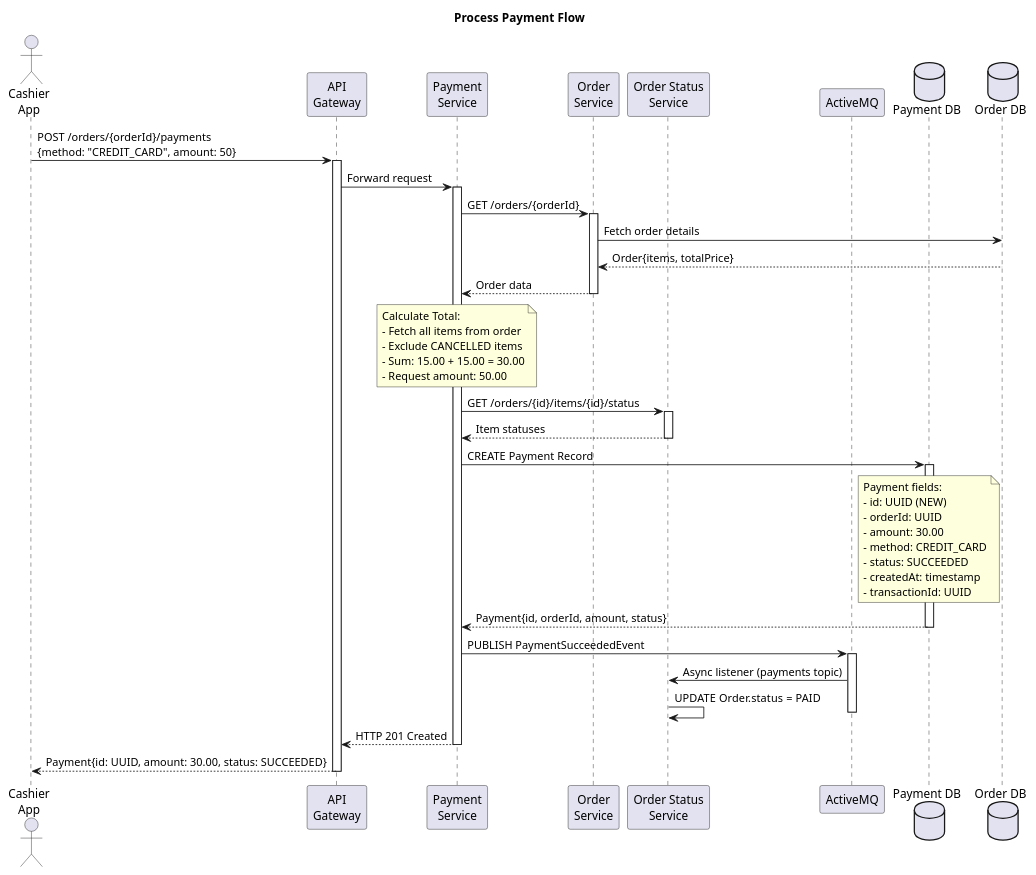
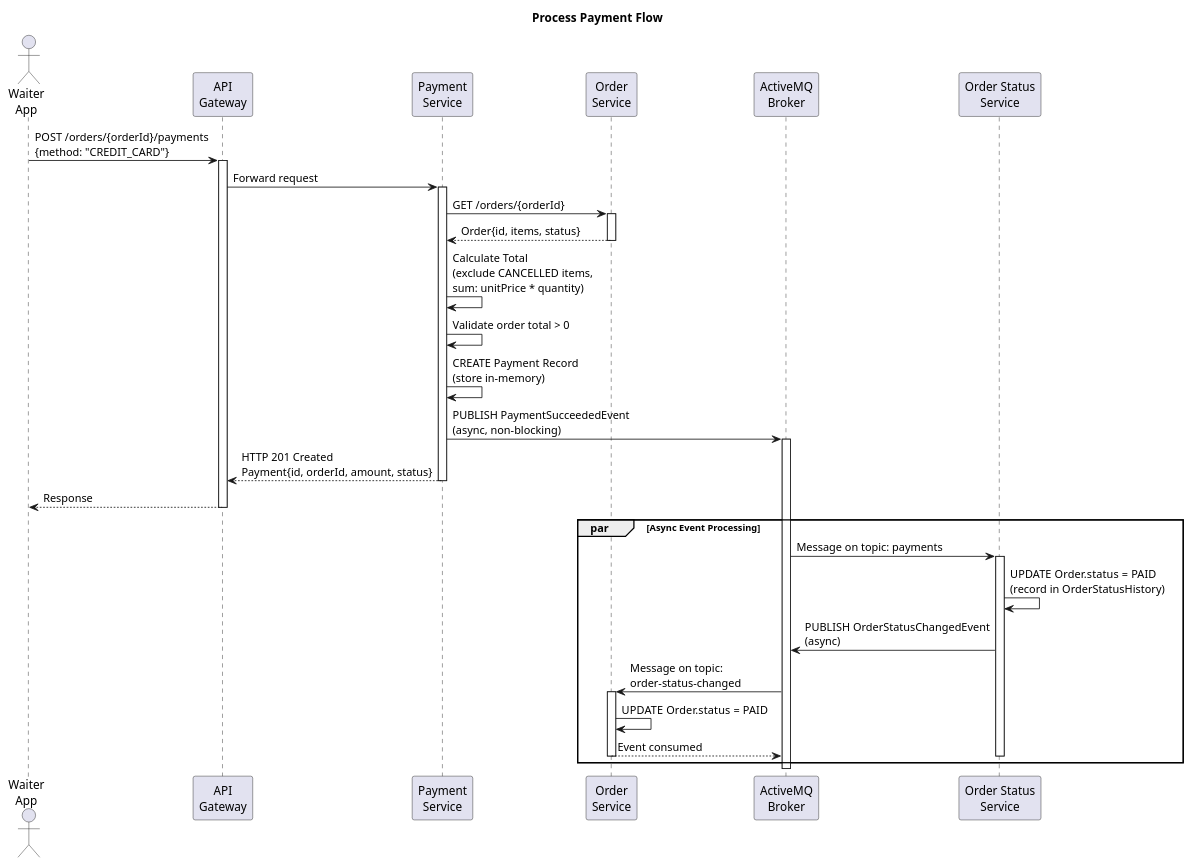
One commit to StanislavLevendeev/orderup-docs changed the diagram in 04-process-payment.puml. Above: the diagram before and after it, drawn with PlantUML. The commit also changed 2 other files, not shown here.

Commit message:
Refactor order creation and payment process diagrams: update actor names, enhance order status handling, and improve payment validation and event publishing flow

```diff
--- a/04-process-payment.puml
+++ b/04-process-payment.puml
@@ -1,63 +1,53 @@
 @startuml ProcessPayment
 title Process Payment Flow
 
-actor "Cashier\nApp" as Cashier
+actor "Waiter\nApp" as Cashier
 participant "API\nGateway" as Gateway
 participant "Payment\nService" as PS
 participant "Order\nService" as OS
+participant "ActiveMQ\nBroker" as Queue
 participant "Order Status\nService" as OSS
-participant "ActiveMQ" as Queue
-database "Payment DB" as PDB
-database "Order DB" as ODB
 
-Cashier -> Gateway: POST /orders/{orderId}/payments\n{method: "CREDIT_CARD", amount: 50}
+Cashier -> Gateway: POST /orders/{orderId}/payments\n{method: "CREDIT_CARD"}
 activate Gateway
 Gateway -> PS: Forward request
 activate PS
 
 PS -> OS: GET /orders/{orderId}
 activate OS
-OS -> ODB: Fetch order details
-ODB --> OS: Order{items, totalPrice}
-OS --> PS: Order data
+OS --> PS: Order{id, items, status}
 deactivate OS
 
-note over PS
-  Calculate Total:
-  - Fetch all items from order
-  - Exclude CANCELLED items
-  - Sum: 15.00 + 15.00 = 30.00
-  - Request amount: 50.00
-end note
+PS -> PS: Calculate Total\n(exclude CANCELLED items,\nsum: unitPrice * quantity)
 
-PS -> OSS: GET /orders/{id}/items/{id}/status
-activate OSS
-OSS --> PS: Item statuses
-deactivate OSS
+PS -> PS: Validate order total > 0
 
-PS -> PDB: CREATE Payment Record
-activate PDB
-note over PDB
-  Payment fields:
-  - id: UUID (NEW)
-  - orderId: UUID
-  - amount: 30.00
-  - method: CREDIT_CARD
-  - status: SUCCEEDED
-  - createdAt: timestamp
-  - transactionId: UUID
-end note
-PDB --> PS: Payment{id, orderId, amount, status}
-deactivate PDB
+PS -> PS: CREATE Payment Record\n(store in-memory)
 
-PS -> Queue: PUBLISH PaymentSucceededEvent
+PS -> Queue: PUBLISH PaymentSucceededEvent\n(async, non-blocking)
 activate Queue
-Queue -> OSS: Async listener (payments topic)
-OSS -> OSS: UPDATE Order.status = PAID
+
+PS --> Gateway: HTTP 201 Created\nPayment{id, orderId, amount, status}
+deactivate PS
+Gateway --> Cashier: Response
+deactivate Gateway
+
+par Async Event Processing
+  Queue -> OSS: Message on topic: payments
+  activate OSS
+  
+  OSS -> OSS: UPDATE Order.status = PAID\n(record in OrderStatusHistory)
+  
+  OSS -> Queue: PUBLISH OrderStatusChangedEvent\n(async)
+  
+  Queue -> OS: Message on topic:\norder-status-changed
+  activate OS
+  OS -> OS: UPDATE Order.status = PAID
+  OS --> Queue: Event consumed
+  deactivate OS
+  
+  deactivate OSS
+end
+
 deactivate Queue
-
-PS --> Gateway: HTTP 201 Created
-deactivate PS
-Gateway --> Cashier: Payment{id: UUID, amount: 30.00, status: SUCCEEDED}
-deactivate Gateway
 @enduml
```
